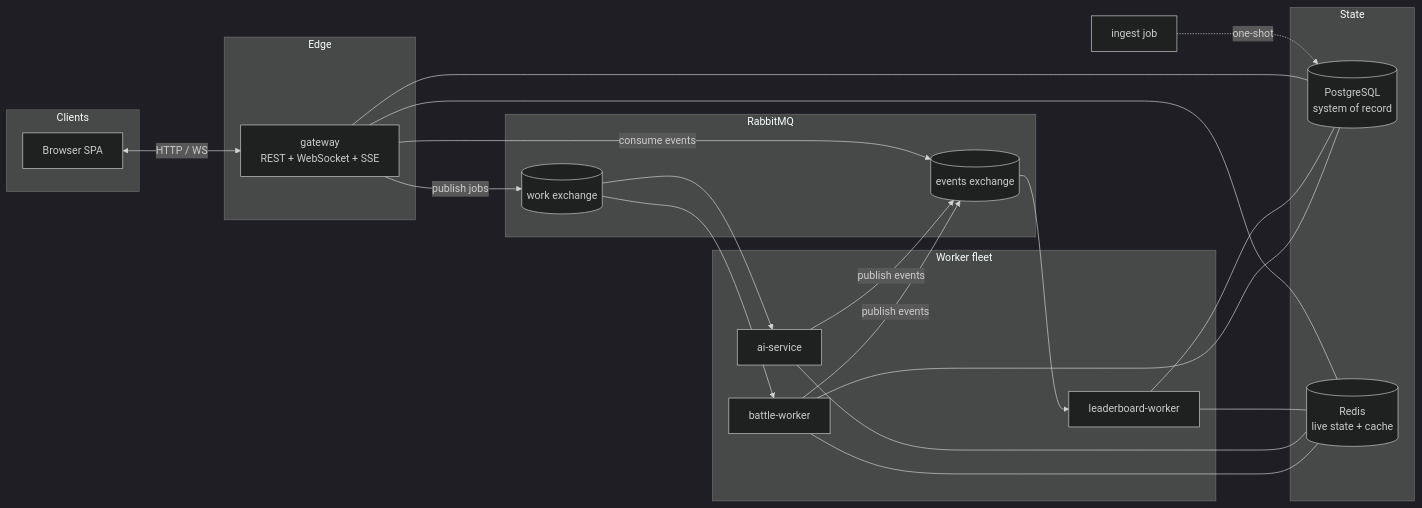
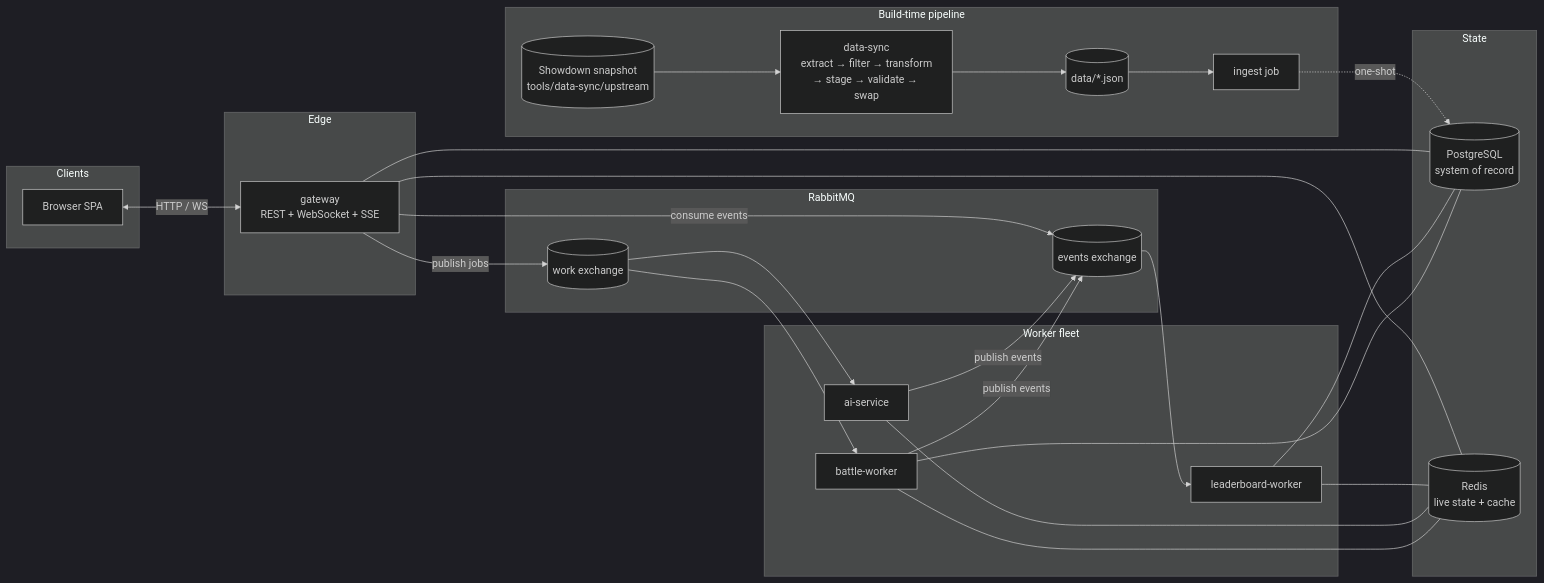
The first of 3 diagrams in README.md (shaumik/PokeArena), drawn with Mermaid (dark theme) before and after one commit. The commit also changed other lines of this file and 2 other files, not shown here.

First line of the commit message:
docs: README + animated ETL pipeline SVG; refresh architecture diagram

````diff
--- a/README.md
+++ b/README.md
@@ -62,44 +62,51 @@
 ```mermaid
 flowchart LR
     subgraph clients[Clients]
         B[Browser SPA]
     end
 
     subgraph edge[Edge]
         G[gateway<br/>REST + WebSocket + SSE]
     end
 
     subgraph broker[RabbitMQ]
         WX[(work exchange)]
         EX[(events exchange)]
     end
 
     subgraph workers[Worker fleet]
         BW[battle-worker]
         AI[ai-service]
         LB[leaderboard-worker]
     end
 
     subgraph state[State]
         PG[(PostgreSQL<br/>system of record)]
         RD[(Redis<br/>live state + cache)]
     end
 
     B <-->|HTTP / WS| G
     G -->|publish jobs| WX
     G -->|consume events| EX
     WX --> BW
     WX --> AI
     EX --> LB
     BW -->|publish events| EX
     AI -->|publish events| EX
     BW --- PG
     BW --- RD
     AI --- RD
     LB --- PG
     LB --- RD
     G --- PG
     G --- RD
 
-    ING[ingest job] -.one-shot.-> PG
+    subgraph etl[Build-time pipeline]
+        UP[(Showdown snapshot<br/>tools/data-sync/upstream)]
+        DS[data-sync<br/>extract → filter → transform<br/>→ stage → validate → swap]
+        DATA[(data/*.json)]
+        ING[ingest job]
+    end
+    UP --> DS --> DATA --> ING
+    ING -.one-shot.-> PG
 ```
````
